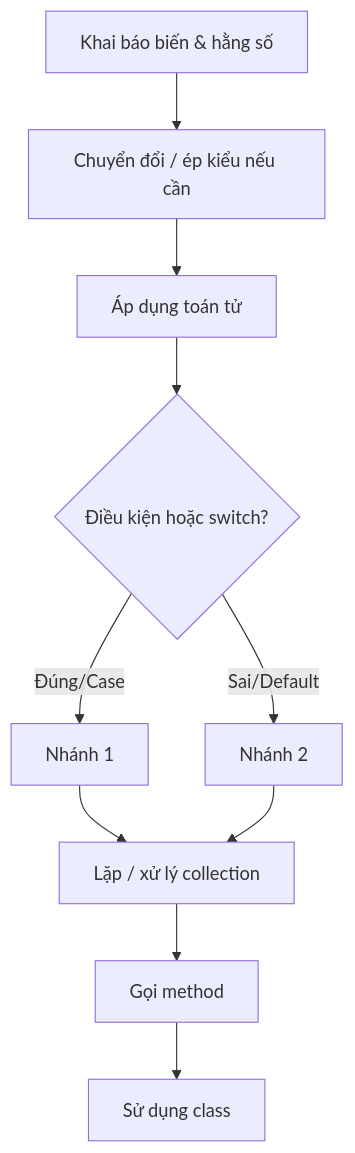
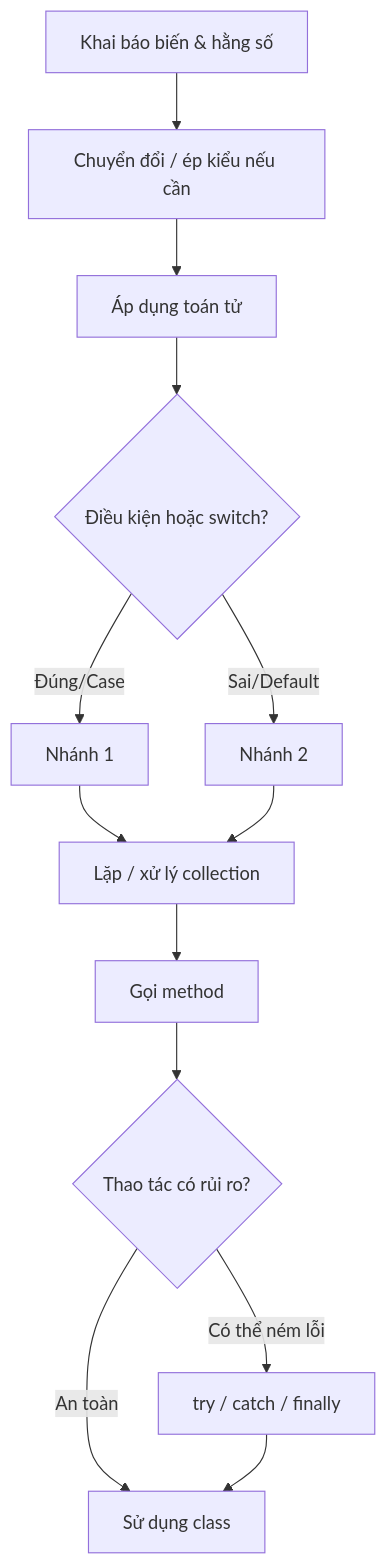
One commit to dothanhtien/CsharpAndDotnetWiki changed the diagram in lectures/01-csharp-basics/README.vi.md. Above: the diagram before and after it, drawn with Mermaid. The commit also changed other lines of this file and 10 other files, not shown here.

````diff
--- a/lectures/01-csharp-basics/README.vi.md
+++ b/lectures/01-csharp-basics/README.vi.md
@@ -325,12 +541,15 @@
 ```mermaid
 flowchart TD
     A[Khai báo biến & hằng số] --> B[Chuyển đổi / ép kiểu nếu cần]
     B --> C[Áp dụng toán tử]
     C --> D{Điều kiện hoặc switch?}
     D -- Đúng/Case --> E[Nhánh 1]
     D -- Sai/Default --> F[Nhánh 2]
     E --> G[Lặp / xử lý collection]
     F --> G
     G --> H[Gọi method]
-    H --> I[Sử dụng class]
+    H --> I{Thao tác có rủi ro?}
+    I -- Có thể ném lỗi --> J[try / catch / finally]
+    I -- An toàn --> K[Sử dụng class]
+    J --> K
 ```
````
